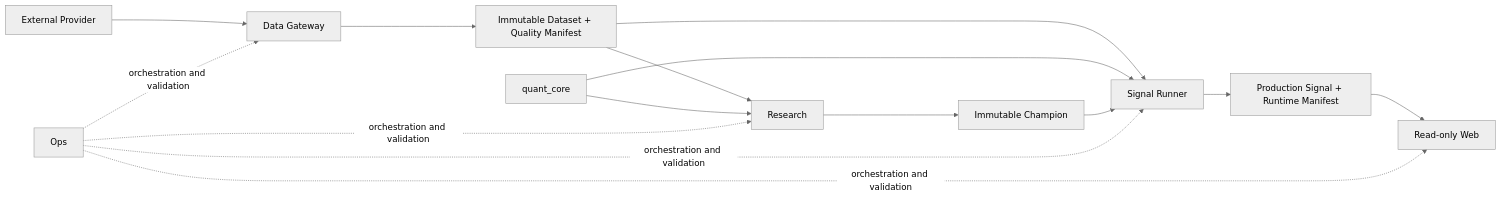
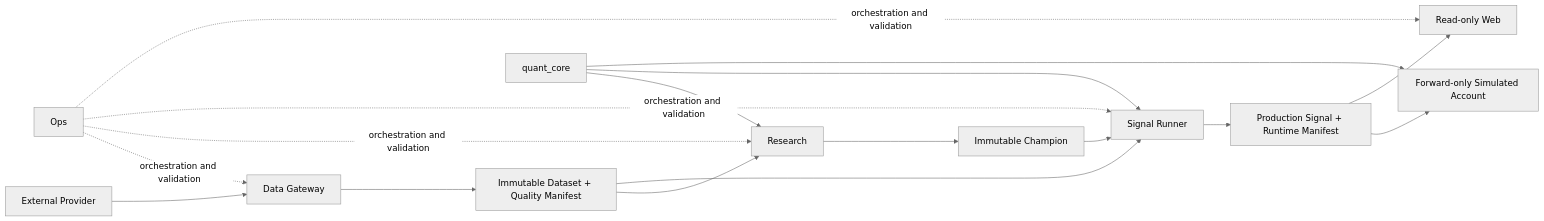
The diagram in docs/architecture/README.md (wuchengze003-cloud/ashare-pilot-next), drawn with Mermaid (neutral theme) before and after one commit. The commit also changed other lines of this file and 41 other files, not shown here.

Commit message:
feat: separate leak-free research and simulated account

````diff
--- a/docs/architecture/README.md
+++ b/docs/architecture/README.md
@@ -20,17 +20,19 @@
 ```mermaid
 flowchart LR
   provider["External Provider"] --> gateway["Data Gateway"]
   gateway --> dataset["Immutable Dataset + Quality Manifest"]
   dataset --> research["Research"]
   dataset --> runner["Signal Runner"]
   core["quant_core"] --> research
   core --> runner
   research --> champion["Immutable Champion"]
   champion --> runner
   runner --> signal["Production Signal + Runtime Manifest"]
+  signal --> sim["Forward-only Simulated Account"]
+  core --> sim
   signal --> web["Read-only Web"]
   ops["Ops"] -.orchestration and validation.-> gateway
   ops -.orchestration and validation.-> research
   ops -.orchestration and validation.-> runner
   ops -.orchestration and validation.-> web
 ```
````
